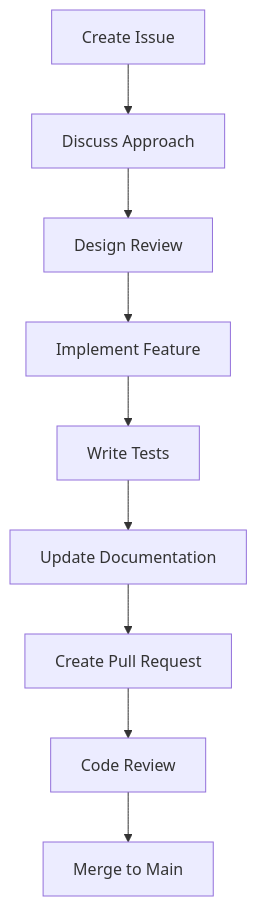
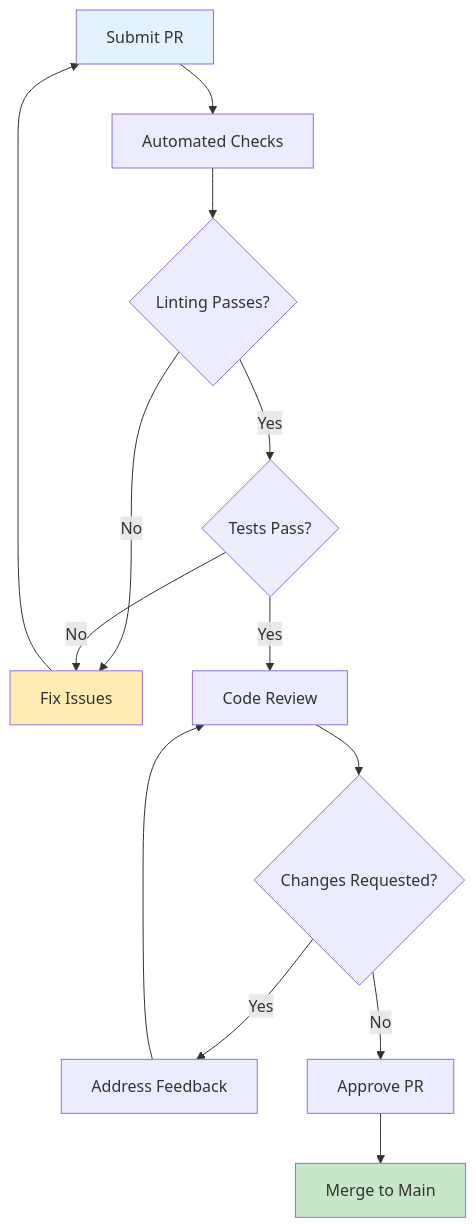
Before and after one commit to flamingo-stack/openframe-cli: the second of 3 diagrams in docs/development/contributing/guidelines.md, drawn with Mermaid. The commit also changed other lines of this file and 51 other files, not shown here.

First line of the commit message:
docs: Automated documentation update [skip ci]

````diff
--- a/docs/development/contributing/guidelines.md
+++ b/docs/development/contributing/guidelines.md
@@ -598,11 +467,19 @@
 ```mermaid
-graph TB
-    Issue[Create Issue] --> Discussion[Discuss Approach]
-    Discussion --> Design[Design Review]
-    Design --> Implementation[Implement Feature]
-    Implementation --> Tests[Write Tests]
-    Tests --> Docs[Update Documentation]
-    Docs --> PR[Create Pull Request]
-    PR --> Review[Code Review]
-    Review --> Merge[Merge to Main]
+flowchart TD
+    SUBMIT[Submit PR] --> AUTO[Automated Checks]
+    AUTO --> LINT{Linting Passes?}
+    LINT -->|No| FIX[Fix Issues]
+    LINT -->|Yes| TEST{Tests Pass?}
+    TEST -->|No| FIX
+    TEST -->|Yes| REVIEW[Code Review]
+    REVIEW --> FEEDBACK{Changes Requested?}
+    FEEDBACK -->|Yes| ADDRESS[Address Feedback]
+    ADDRESS --> REVIEW
+    FEEDBACK -->|No| APPROVE[Approve PR]
+    APPROVE --> MERGE[Merge to Main]
+    FIX --> SUBMIT
+    
+    style SUBMIT fill:#e3f2fd
+    style MERGE fill:#c8e6c9
+    style FIX fill:#ffecb3
 ```
````
